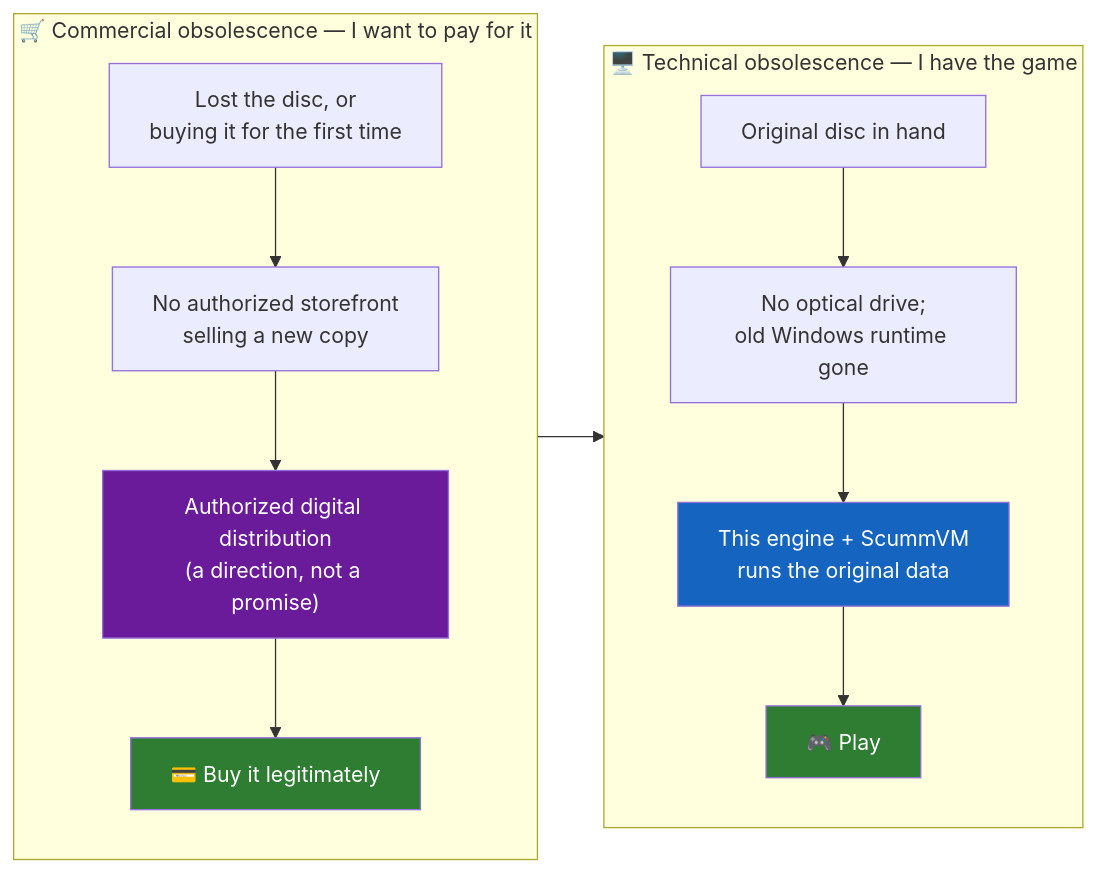
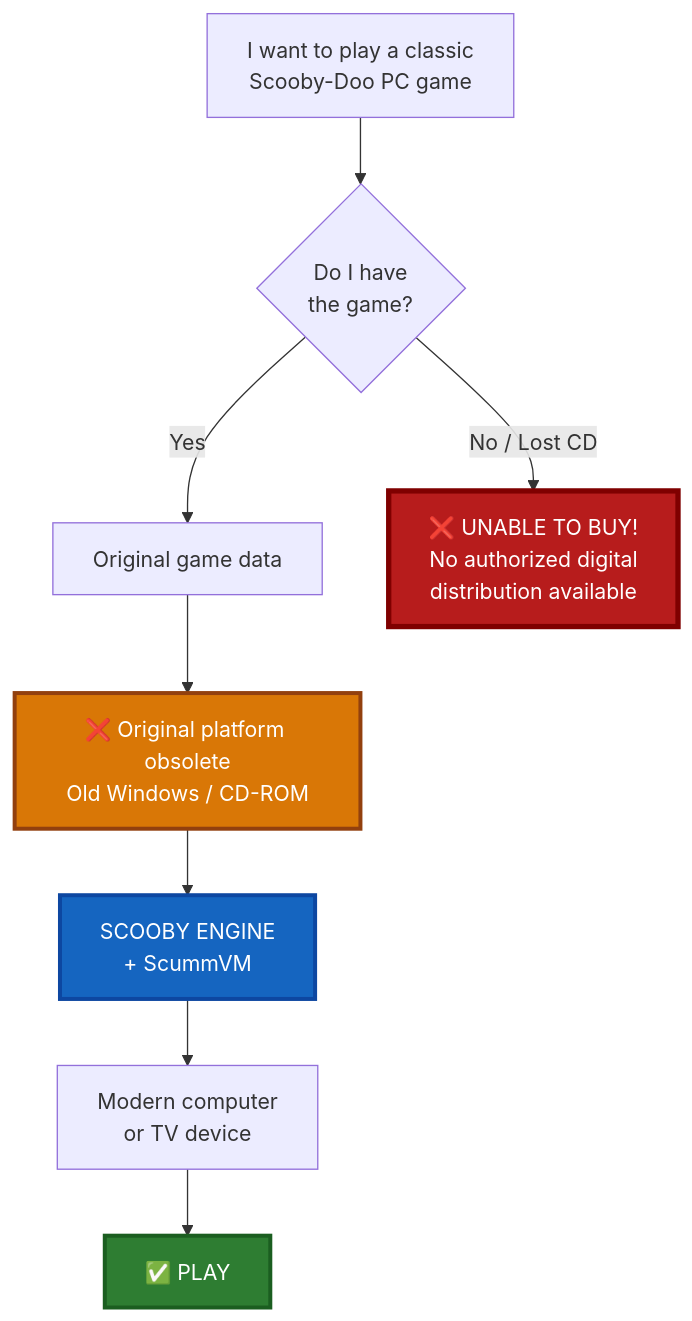
The diagram in README.md (barefootbetters/scooby-engine), drawn with Mermaid before and after one commit. The commit also changed other lines of this file, not shown here.

First line of the commit message:
docs: let the commercial branch dead-end in the diagram (that's the point)

````diff
--- a/README.md
+++ b/README.md
@@ -42,17 +40,19 @@
 ```mermaid
-flowchart LR
-    subgraph TECH["🖥️ Technical obsolescence — I have the game"]
-      direction TB
-      A["Original disc in hand"] --> A2["No optical drive;<br/>old Windows runtime gone"] --> A3["This engine + ScummVM<br/>runs the original data"] --> A4["🎮 Play"]
-    end
-    subgraph COMM["🛒 Commercial obsolescence — I want to pay for it"]
-      direction TB
-      B["Lost the disc, or<br/>buying it for the first time"] --> B2["No authorized storefront<br/>selling a new copy"] --> B3["Authorized digital distribution<br/>(a direction, not a promise)"] --> B4["💳 Buy it legitimately"]
-    end
-    B4 --> A3
+flowchart TD
+    A["I want to play a classic<br/>Scooby-Doo PC game"]
 
-    style A3 fill:#1565c0,color:#fff
-    style B3 fill:#6a1b9a,color:#fff
-    style A4 fill:#2e7d32,color:#fff
-    style B4 fill:#2e7d32,color:#fff
+    A --> B{"Do I have<br/>the game?"}
+
+    B -->|"Yes"| C["Original game data"]
+    B -->|"No / Lost CD"| D["❌ UNABLE TO BUY!<br/>No authorized digital<br/>distribution available"]
+
+    C --> E["❌ Original platform obsolete<br/>Old Windows / CD-ROM"]
+    E --> F["SCOOBY ENGINE<br/>+ ScummVM"]
+    F --> G["Modern computer<br/>or TV device"]
+    G --> H["✅ PLAY"]
+
+    style D fill:#b71c1c,color:#fff,stroke:#7f0000,stroke-width:4px
+    style E fill:#d97706,color:#fff,stroke:#92400e,stroke-width:3px
+    style F fill:#1565c0,color:#fff,stroke:#0d47a1,stroke-width:3px
+    style H fill:#2e7d32,color:#fff,stroke:#1b5e20,stroke-width:3px
 ```
````
